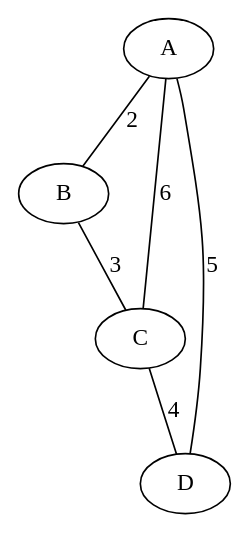
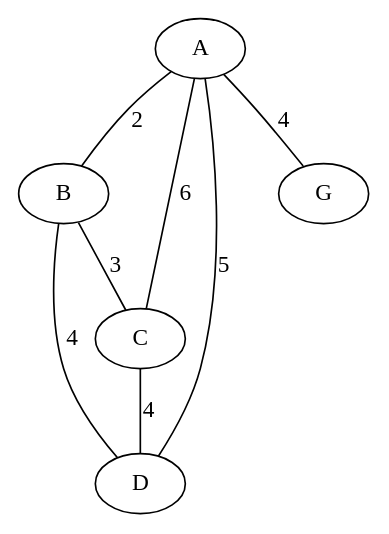
Before and after one commit to rummksm/GraphWork: the diagram in GraphWorkFinal/bin/Debug/GraphCode.dot, drawn with Graphviz. The commit also changed 18 other files, not shown here.

```diff
--- a/GraphWorkFinal/bin/Debug/GraphCode.dot
+++ b/GraphWorkFinal/bin/Debug/GraphCode.dot
@@ -1,11 +1,11 @@
 graph G{
-A;
 A--B [label ="2"];
 A--C [label ="6"];
 A--D [label ="5"];
-B;
+A--G [label ="4"];
 B--C [label ="3"];
-C;
+B--D [label ="4"];
 C--D [label ="4"];
 D;
+G;
 }
```
